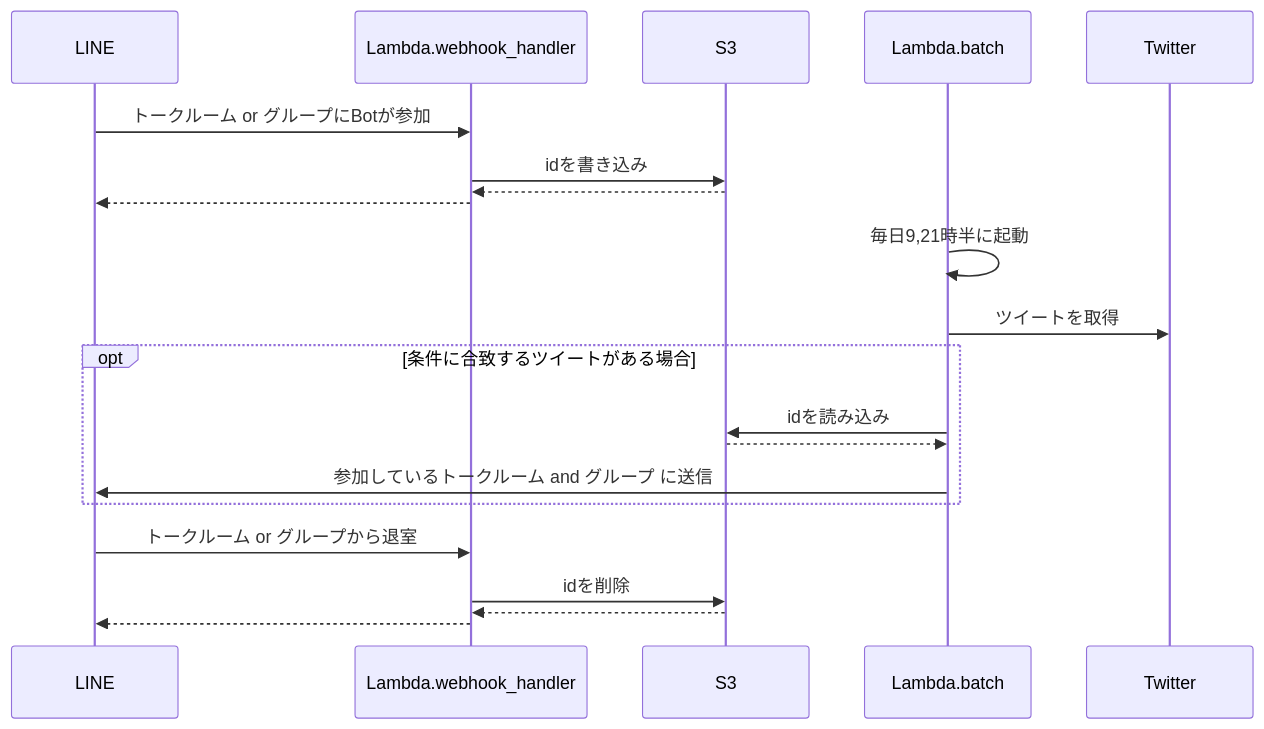
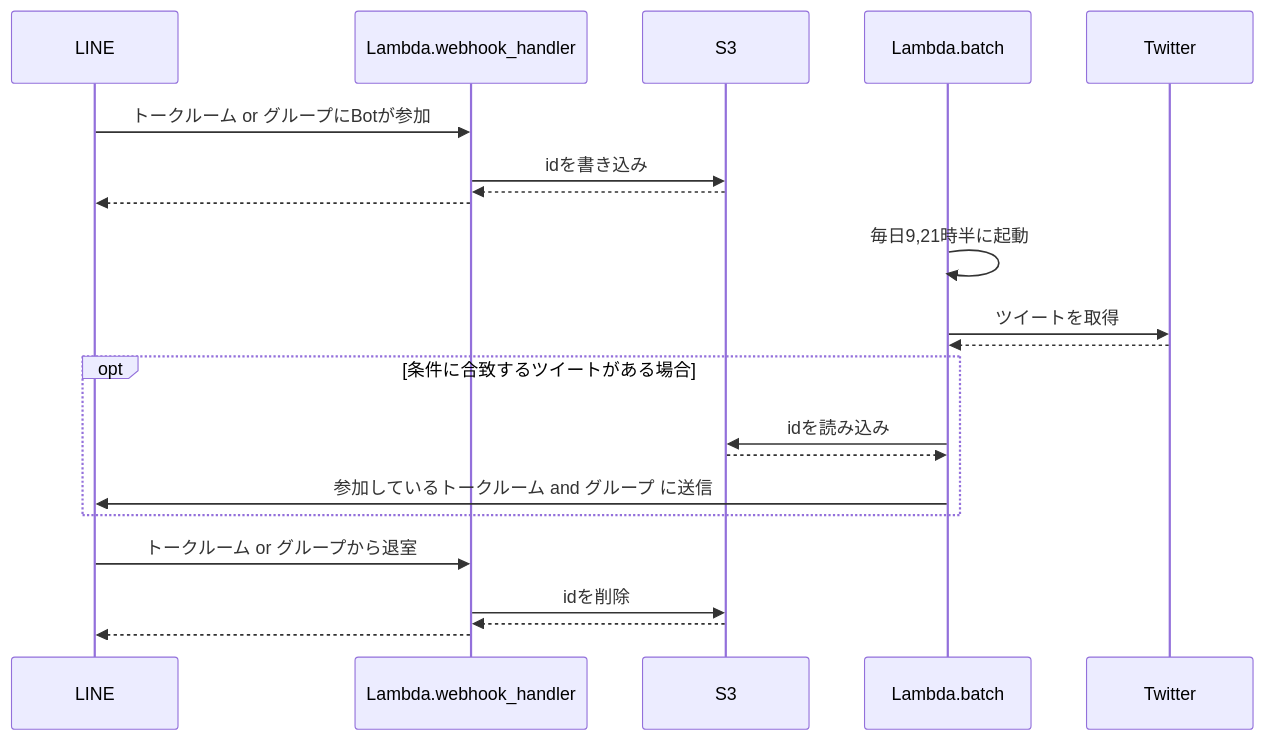
One commit to pep299/dbd_line_bot changed the diagram in README.md. Above: the diagram before and after it, drawn with Mermaid.

Commit message:
add: return

````diff
--- a/README.md
+++ b/README.md
@@ -9,18 +9,19 @@
 ```mermaid
 sequenceDiagram
   LINE ->> Lambda.webhook_handler: トークルーム or グループにBotが参加
   Lambda.webhook_handler ->> S3: idを書き込み
   S3 -->> Lambda.webhook_handler: 
   Lambda.webhook_handler -->> LINE: 
   Lambda.batch ->> Lambda.batch: 毎日9,21時半に起動
   Lambda.batch ->> Twitter: ツイートを取得
+  Twitter -->> Lambda.batch: 
   opt 条件に合致するツイートがある場合
     Lambda.batch ->> S3: idを読み込み
     S3 -->> Lambda.batch: 
     Lambda.batch ->> LINE: 参加しているトークルーム and グループ に送信
   end
   LINE ->> Lambda.webhook_handler: トークルーム or グループから退室
   Lambda.webhook_handler ->> S3: idを削除
   S3 -->> Lambda.webhook_handler: 
   Lambda.webhook_handler -->> LINE: 
 ```
````
